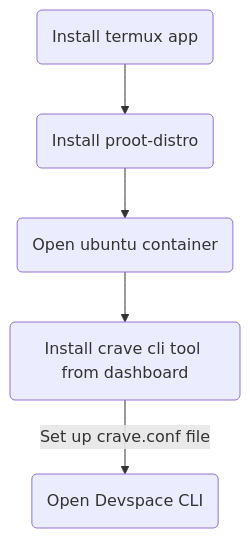
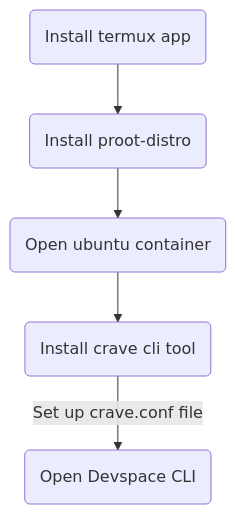
Before and after one commit to FOSSonTop/crave: the fifth of 5 diagrams in getting-started/installing-crave.md, drawn with Mermaid. The commit also changed other lines of this file and 3 other files, not shown here.

Commit message:
Diagrams: Try to reword and shorten

````diff
--- a/getting-started/installing-crave.md
+++ b/getting-started/installing-crave.md
@@ -85,4 +84,4 @@
 ```mermaid
 flowchart TD
-    A(Install termux app) --> B(Install proot-distro) --> C(Open ubuntu container) --> D(Install crave cli tool from dashboard) -->|Set up crave.conf file| A1(Open Devspace CLI)
+    A(Install termux app) --> B(Install proot-distro) --> C(Open ubuntu container) --> D(Install crave cli tool) -->|Set up crave.conf file| A1(Open Devspace CLI)
 ```
````
